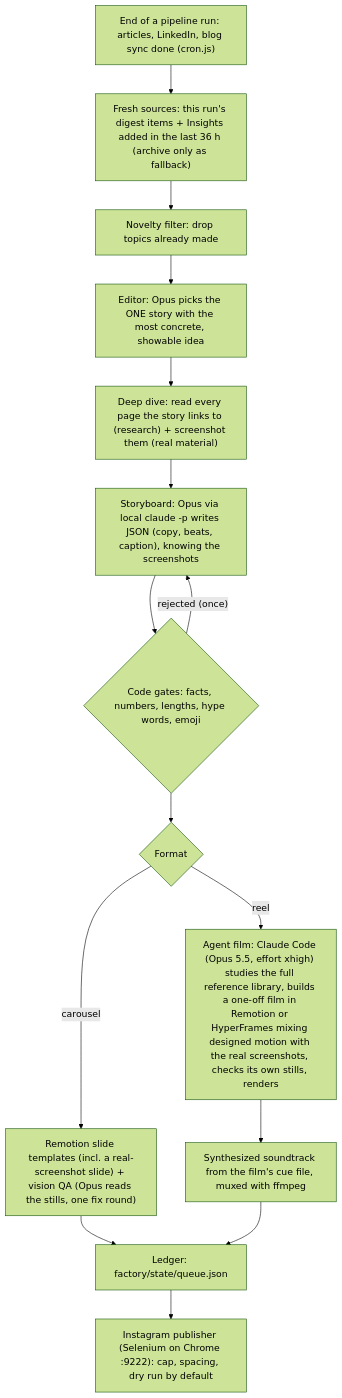
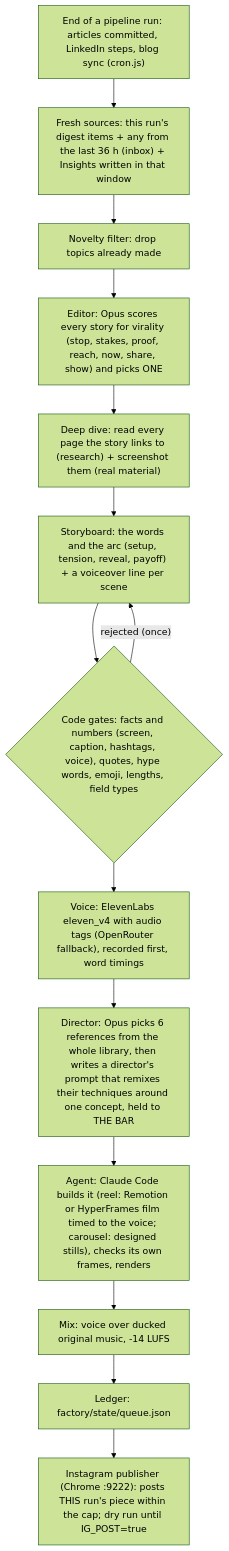
One commit to Drix10/ai-resources-pipeline changed the diagram in docs/CONTENT_FACTORY.md. Above: the diagram before and after it, drawn with Mermaid (forest theme). The commit also changed other lines of this file and 28 other files, not shown here.

````diff
--- a/docs/CONTENT_FACTORY.md
+++ b/docs/CONTENT_FACTORY.md
@@ -7,17 +7,16 @@
 ```mermaid
 flowchart TD
-    A["End of a pipeline run: articles, LinkedIn, blog sync done (cron.js)"] --> B["Fresh sources: this run's digest items + Insights added in the last 36 h (archive only as fallback)"]
+    A["End of a pipeline run: articles committed, LinkedIn steps, blog sync (cron.js)"] --> B["Fresh sources: this run's digest items + any from the last 36 h (inbox) + Insights written in that window"]
     B --> C["Novelty filter: drop topics already made"]
-    C --> P["Editor: Opus picks the ONE story with the most concrete, showable idea"]
+    C --> P["Editor: Opus scores every story for virality (stop, stakes, proof, reach, now, share, show) and picks ONE"]
     P --> R["Deep dive: read every page the story links to (research) + screenshot them (real material)"]
-    R --> D["Storyboard: Opus via local claude -p writes JSON (copy, beats, caption), knowing the screenshots"]
-    D --> E{"Code gates: facts, numbers, lengths, hype words, emoji"}
+    R --> D["Storyboard: the words and the arc (setup, tension, reveal, payoff) + a voiceover line per scene"]
+    D --> E{"Code gates: facts and numbers (screen, caption, hashtags, voice), quotes, hype words, emoji, lengths, field types"}
     E -- "rejected (once)" --> D
-    E --> G{"Format"}
-    G -- reel --> H["Agent film: Claude Code (Opus 5.5, effort xhigh) studies the full reference library, builds a one-off film in Remotion or HyperFrames mixing designed motion with the real screenshots, checks its own stills, renders"]
-    G -- carousel --> I["Remotion slide templates (incl. a real-screenshot slide) + vision QA (Opus reads the stills, one fix round)"]
-    H --> J["Synthesized soundtrack from the film's cue file, muxed with ffmpeg"]
-    I --> K["Ledger: factory/state/queue.json"]
-    J --> K
-    K --> L["Instagram publisher (Selenium on Chrome :9222): cap, spacing, dry run by default"]
+    E --> V["Voice: ElevenLabs eleven_v4 with audio tags (OpenRouter fallback), recorded first, word timings"]
+    V --> S["Director: Opus picks 6 references from the whole library, then writes a director's prompt that remixes their techniques around one concept, held to THE BAR"]
+    S --> H["Agent: Claude Code builds it (reel: Remotion or HyperFrames film timed to the voice; carousel: designed stills), checks its own frames, renders"]
+    H --> M["Mix: voice over ducked original music, -14 LUFS"]
+    M --> K["Ledger: factory/state/queue.json"]
+    K --> L["Instagram publisher (Chrome :9222): posts THIS run's piece within the cap; dry run until IG_POST=true"]
 ```
````
